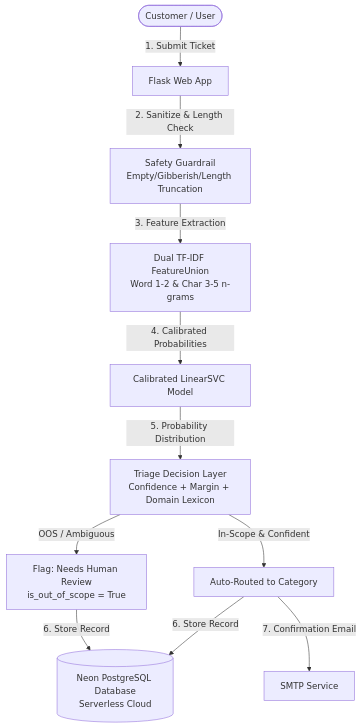
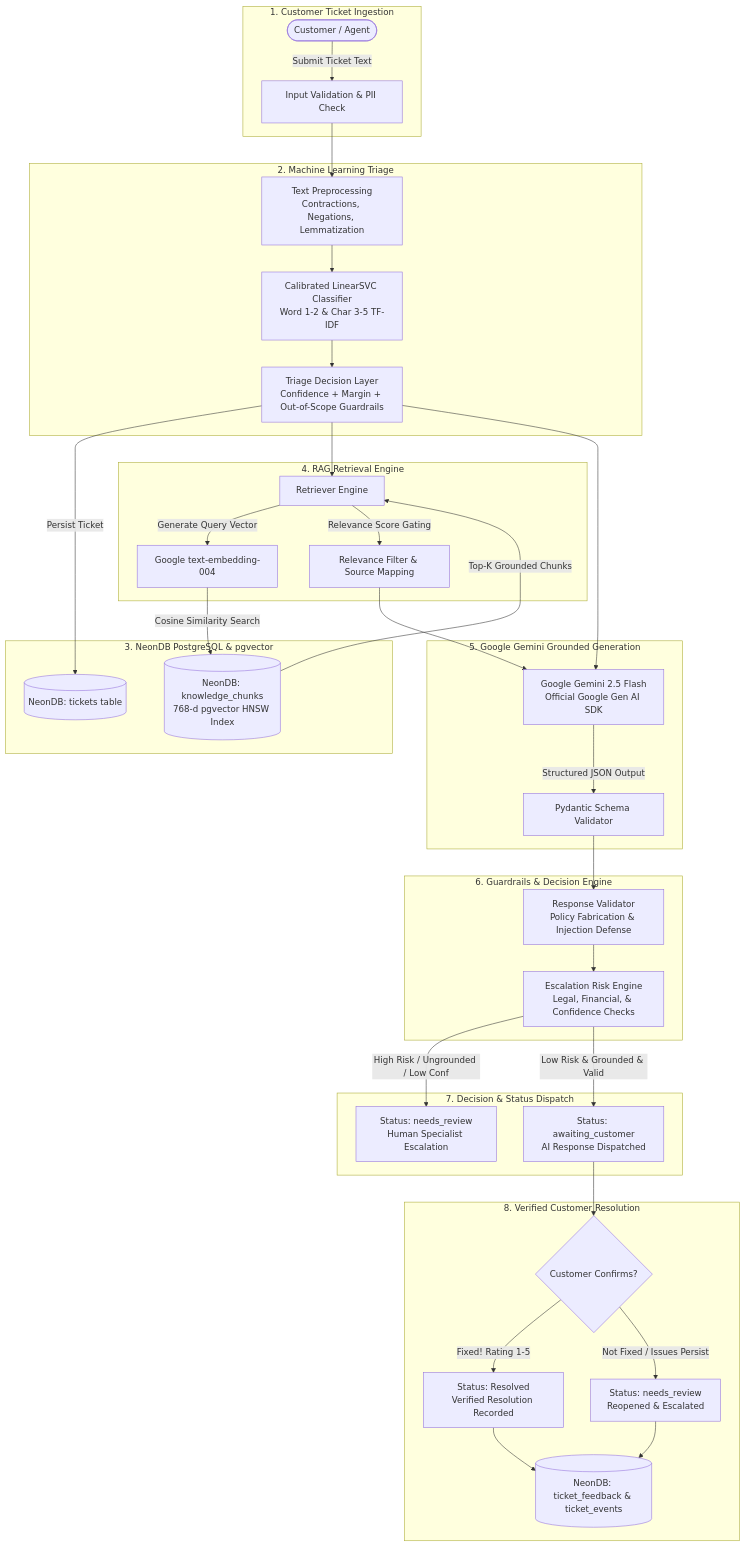
The first of 2 diagrams in README.md (irfan-shekh/ai_ticket), drawn with Mermaid before and after one commit. The commit also changed other lines of this file and 45 other files, not shown here.

Commit message:
updated LLM and RAG

````diff
--- a/README.md
+++ b/README.md
@@ -53,12 +41,48 @@
 ```mermaid
-graph TD
-    User([Customer / User]) -->|1. Submit Ticket| WebUI[Flask Web App]
-    WebUI -->|2. Sanitize & Length Check| Safety[Safety Guardrail<br/>Empty/Gibberish/Length Truncation]
-    Safety -->|3. Feature Extraction| Union[Dual TF-IDF FeatureUnion<br/>Word 1-2 & Char 3-5 n-grams]
-    Union -->|4. Calibrated Probabilities| SVC[Calibrated LinearSVC Model]
-    SVC -->|5. Probability Distribution| Triage[Triage Decision Layer<br/>Confidence + Margin + Domain Lexicon]
-    Triage -->|OOS / Ambiguous| HumanReview[Flag: Needs Human Review<br/>is_out_of_scope = True]
-    Triage -->|In-Scope & Confident| AutoRoute[Auto-Routed to Category]
-    AutoRoute & HumanReview -->|6. Store Record| DB[(Neon PostgreSQL Database<br/>Serverless Cloud)]
-    AutoRoute -->|7. Confirmation Email| SMTP[SMTP Service]
+flowchart TD
+    subgraph Ingestion["1. Customer Ticket Ingestion"]
+        User([Customer / Agent]) -->|Submit Ticket Text| InputVal[Input Validation & PII Check]
+    end
+
+    subgraph ML_Triage["2. Machine Learning Triage"]
+        InputVal --> Preproc[Text Preprocessing<br/>Contractions, Negations, Lemmatization]
+        Preproc --> LinearSVC[Calibrated LinearSVC Classifier<br/>Word 1-2 & Char 3-5 TF-IDF]
+        LinearSVC --> TriageLayer[Triage Decision Layer<br/>Confidence + Margin + Out-of-Scope Guardrails]
+    end
+
+    subgraph Storage_Neon["3. NeonDB PostgreSQL & pgvector"]
+        TriageLayer -->|Persist Ticket| DB_Tickets[(NeonDB: tickets table)]
+        DB_KB[(NeonDB: knowledge_chunks<br/>768-d pgvector HNSW Index)]
+    end
+
+    subgraph RAG_Engine["4. RAG Retrieval Engine"]
+        TriageLayer --> Retriever[Retriever Engine]
+        Retriever -->|Generate Query Vector| Embedder[Google text-embedding-004]
+        Embedder -->|Cosine Similarity Search| DB_KB
+        DB_KB -->|Top-K Grounded Chunks| Retriever
+        Retriever -->|Relevance Score Gating| Filter[Relevance Filter & Source Mapping]
+    end
+
+    subgraph LLM_Gen["5. Google Gemini Grounded Generation"]
+        Filter --> GeminiClient[Google Gemini 2.5 Flash<br/>Official Google Gen AI SDK]
+        TriageLayer --> GeminiClient
+        GeminiClient -->|Structured JSON Output| PydanticValidator[Pydantic Schema Validator]
+    end
+
+    subgraph Safety_Gating["6. Guardrails & Decision Engine"]
+        PydanticValidator --> SafetyValidator[Response Validator<br/>Policy Fabrication & Injection Defense]
+        SafetyValidator --> RiskEngine[Escalation Risk Engine<br/>Legal, Financial, & Confidence Checks]
+    end
+
+    subgraph Workflow["7. Decision & Status Dispatch"]
+        RiskEngine -->|High Risk / Ungrounded / Low Conf| HumanQueue[Status: needs_review<br/>Human Specialist Escalation]
+        RiskEngine -->|Low Risk & Grounded & Valid| AutoRespond[Status: awaiting_customer<br/>AI Response Dispatched]
+    end
+
+    subgraph Feedback_Loop["8. Verified Customer Resolution"]
+        AutoRespond --> CustomerAction{Customer Confirms?}
+        CustomerAction -->|Fixed! Rating 1-5| VerifiedResolved[Status: Resolved<br/>Verified Resolution Recorded]
+        CustomerAction -->|Not Fixed / Issues Persist| Reopened[Status: needs_review<br/>Reopened & Escalated]
+        VerifiedResolved & Reopened --> DB_Audit[(NeonDB: ticket_feedback & ticket_events)]
+    end
 ```
````
